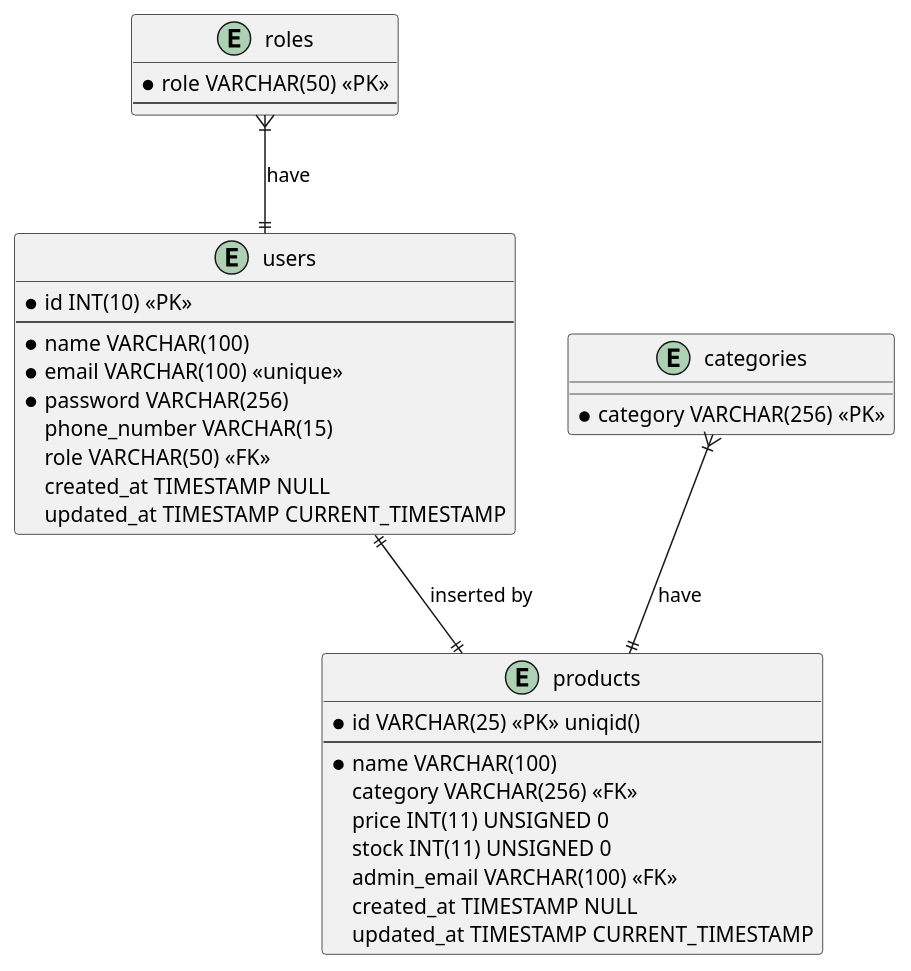
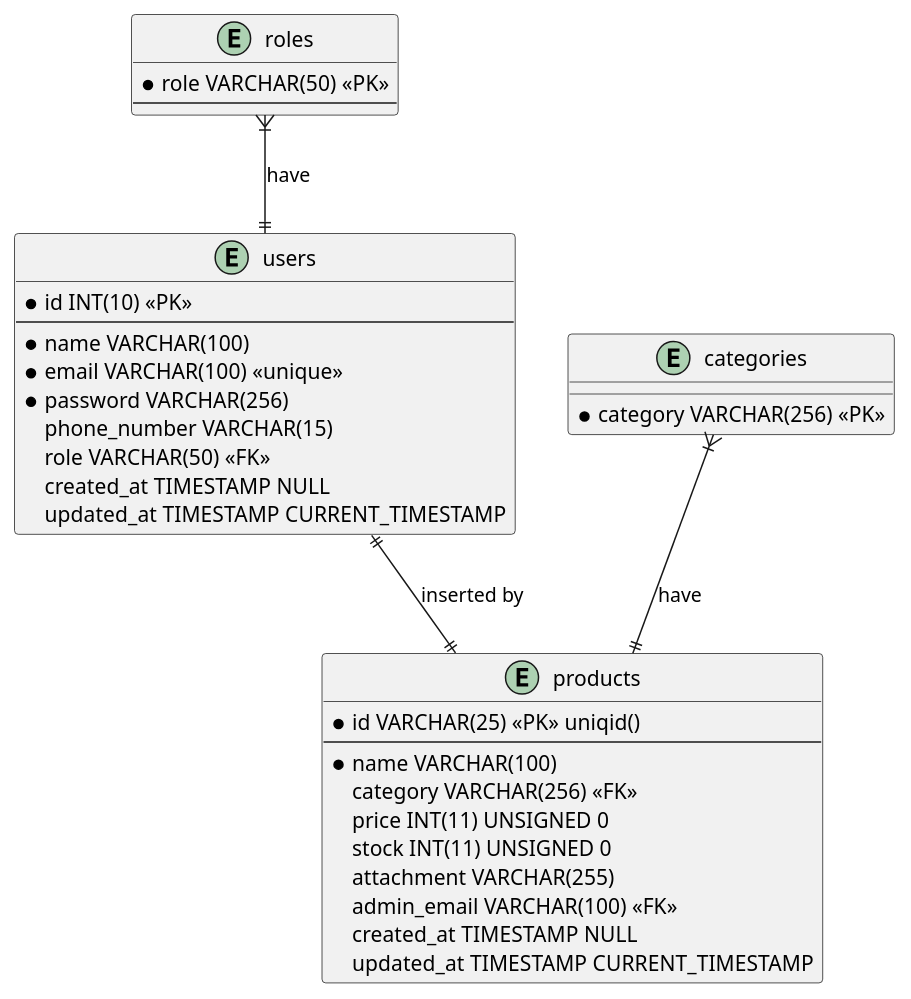
One commit to doniduaasattuu/product-inventory changed the diagram in docs/product-inventory.puml. Above: the diagram before and after it, drawn with PlantUML. The commit also changed 24 other files, not shown here.

```diff
--- a/docs/product-inventory.puml
+++ b/docs/product-inventory.puml
@@ -1,40 +1,41 @@
 @startuml product inventory
 
     entity roles {
         * role VARCHAR(50) <<PK>>
         --
     }
 
     entity users {
         * id INT(10) <<PK>>
         --
         * name VARCHAR(100)
         * email VARCHAR(100) <<unique>>
         * password VARCHAR(256)
           phone_number VARCHAR(15)
           role VARCHAR(50) <<FK>>
           created_at TIMESTAMP NULL
           updated_at TIMESTAMP CURRENT_TIMESTAMP
     }
 
     entity categories {
         * category VARCHAR(256) <<PK>>
     }
 
     entity products {
         * id VARCHAR(25) <<PK>> uniqid()
         --
         * name VARCHAR(100)
           category VARCHAR(256) <<FK>>
           price INT(11) UNSIGNED 0
           stock INT(11) UNSIGNED 0
+          attachment VARCHAR(255) 
           admin_email VARCHAR(100) <<FK>>
           created_at TIMESTAMP NULL
           updated_at TIMESTAMP CURRENT_TIMESTAMP
     }
 
    roles }|--|| users : have
    categories }|--|| products : have
    users ||--|| products : inserted by
 
 @enduml
```
